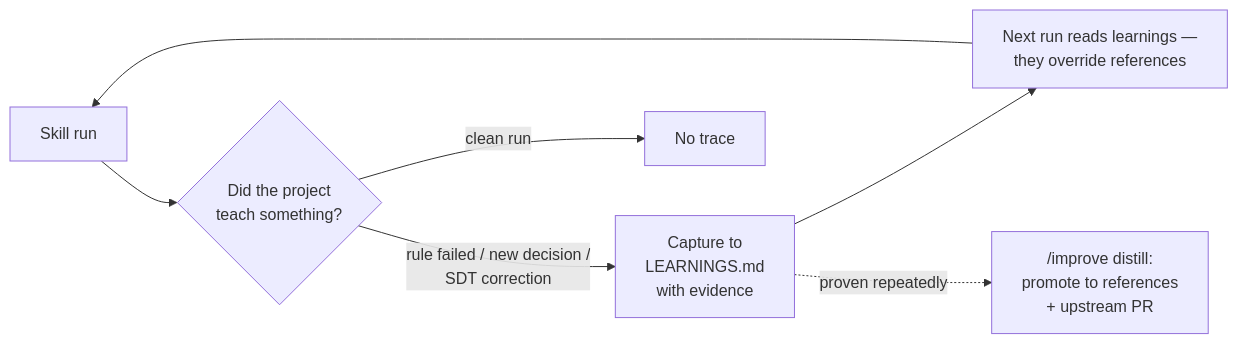
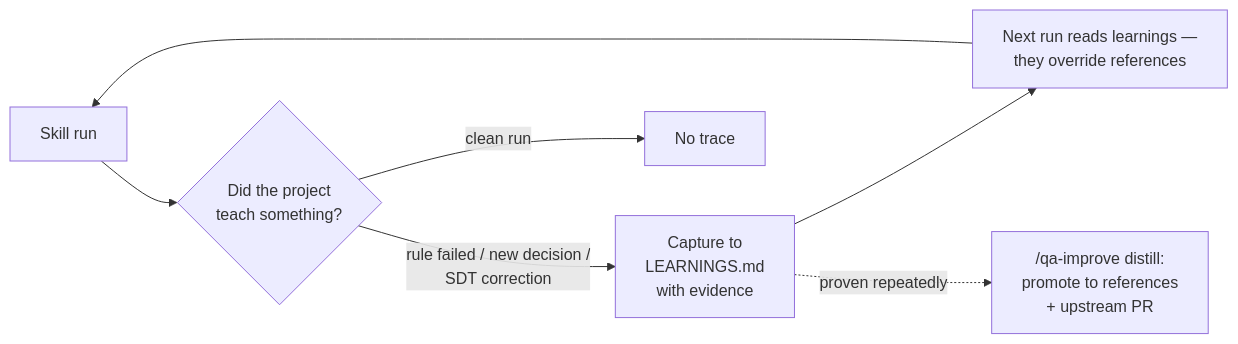
One commit to TimothyHan/qa-buddy-skills changed the diagram in README-en.md. Above: the diagram before and after it, drawn with Mermaid. The commit also changed other lines of this file and 49 other files, not shown here.

````diff
--- a/README-en.md
+++ b/README-en.md
@@ -240,9 +243,9 @@
 ```mermaid
 flowchart LR
     A[Skill run] --> B{Did the project<br>teach something?}
     B -- "rule failed / new decision /<br>SDT correction" --> C[Capture to<br>LEARNINGS.md<br>with evidence]
     B -- clean run --> D[No trace]
     C --> E[Next run reads learnings —<br>they override references]
     E --> A
-    C -. proven repeatedly .-> F["/improve distill:<br>promote to references<br>+ upstream PR"]
+    C -. proven repeatedly .-> F["/qa-improve distill:<br>promote to references<br>+ upstream PR"]
 ```
````
